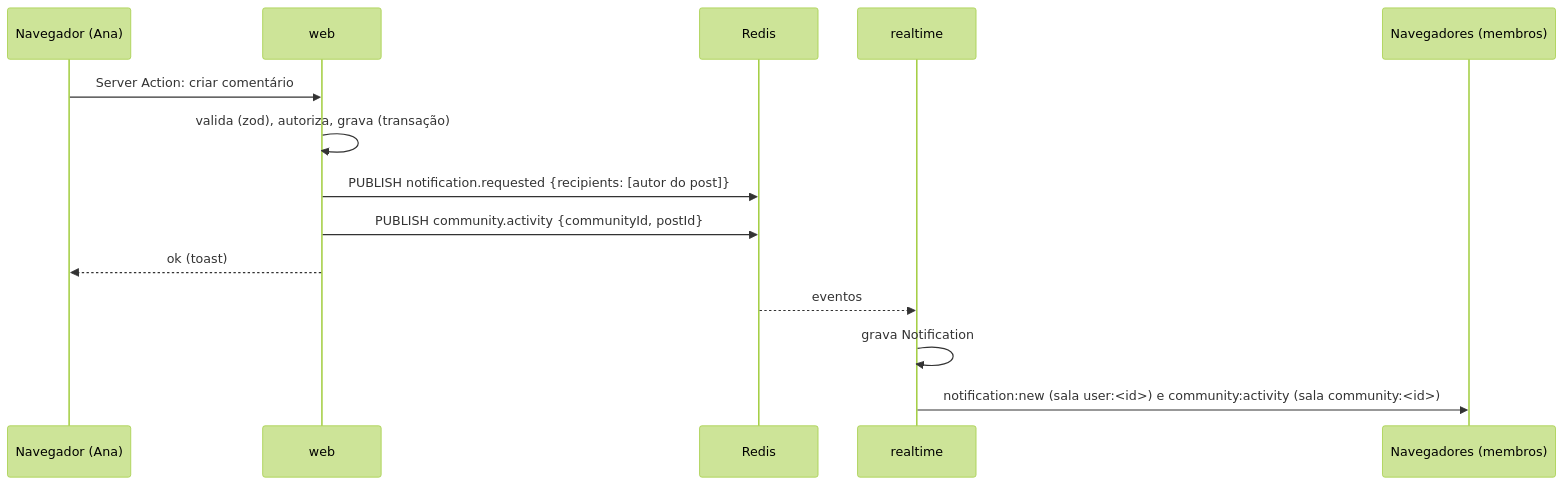
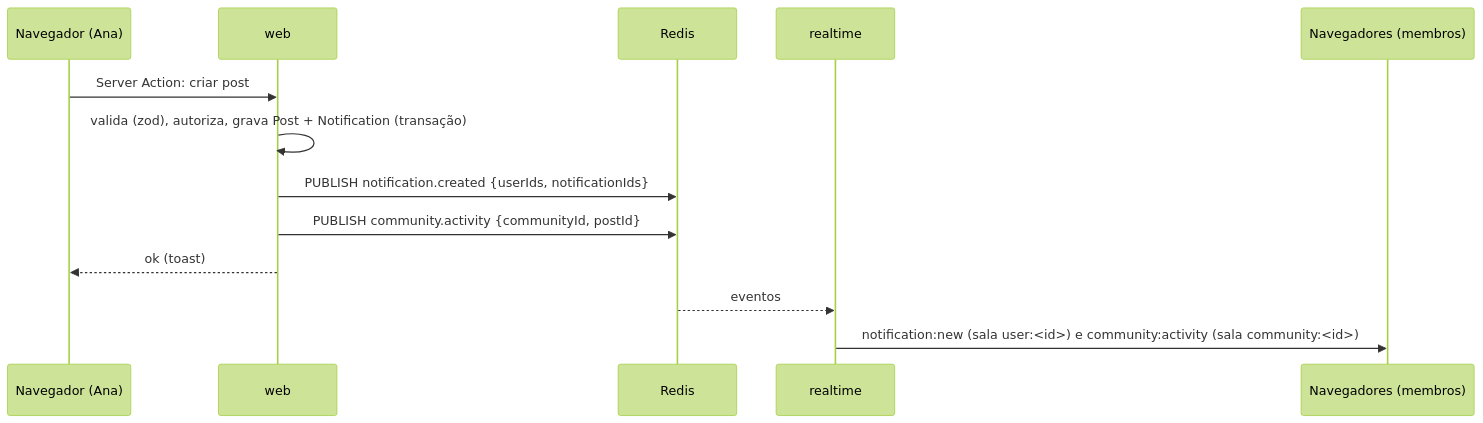
The fourth of 5 diagrams in docs/ARCHITECTURE.md (eduardo-keller/transcendence_trail_app), drawn with Mermaid (forest theme) before and after one commit. The commit also changed other lines of this file and 24 other files, not shown here.

````diff
--- a/docs/ARCHITECTURE.md
+++ b/docs/ARCHITECTURE.md
@@ -131,16 +133,15 @@
 ```mermaid
 sequenceDiagram
   participant U as Navegador (Ana)
   participant W as web
   participant Q as Redis
   participant R as realtime
   participant M as Navegadores (membros)
-  U->>W: Server Action: criar comentário
-  W->>W: valida (zod), autoriza, grava (transação)
-  W->>Q: PUBLISH notification.requested {recipients: [autor do post]}
+  U->>W: Server Action: criar post
+  W->>W: valida (zod), autoriza, grava Post + Notification (transação)
+  W->>Q: PUBLISH notification.created {userIds, notificationIds}
   W->>Q: PUBLISH community.activity {communityId, postId}
   W-->>U: ok (toast)
   Q-->>R: eventos
-  R->>R: grava Notification
   R->>M: notification:new (sala user:<id>) e community:activity (sala community:<id>)
 ```
````
